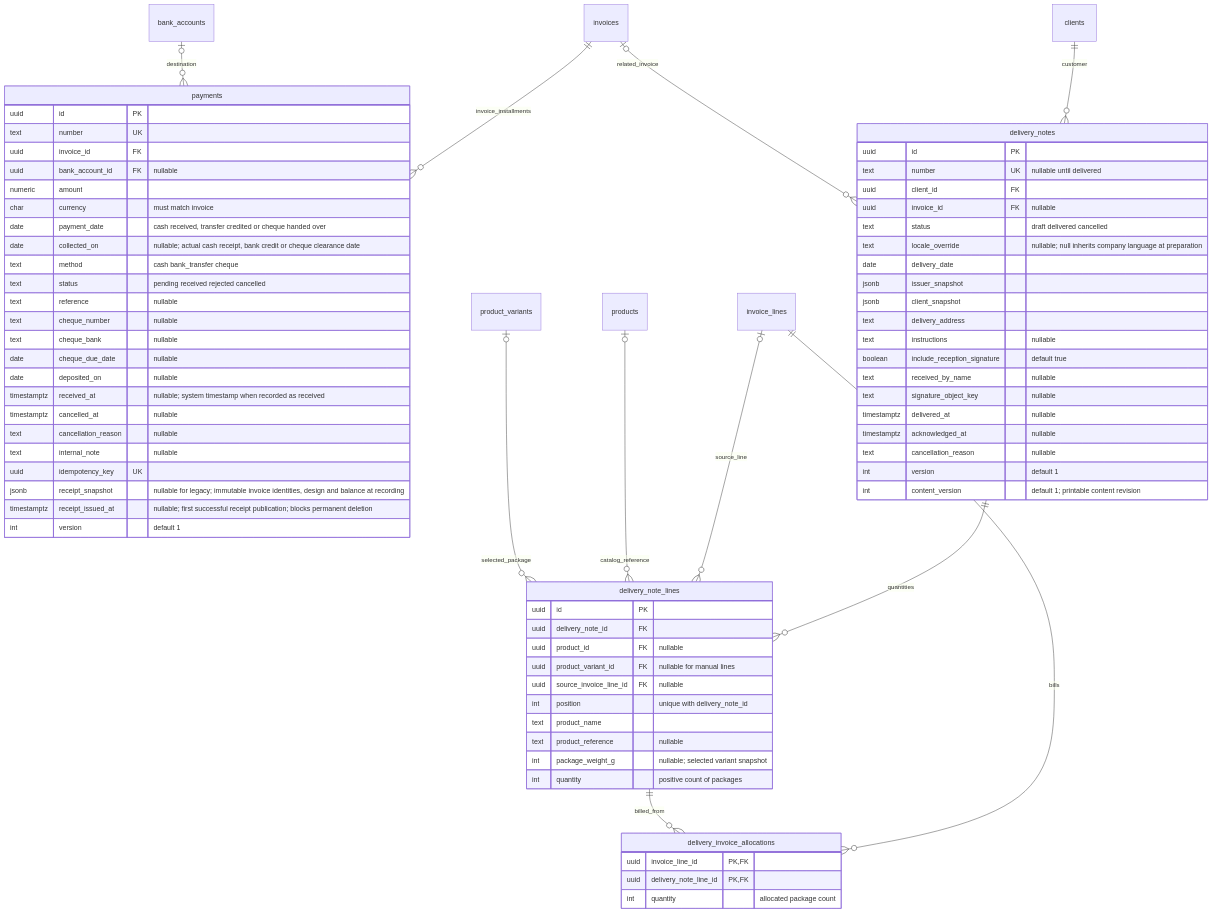
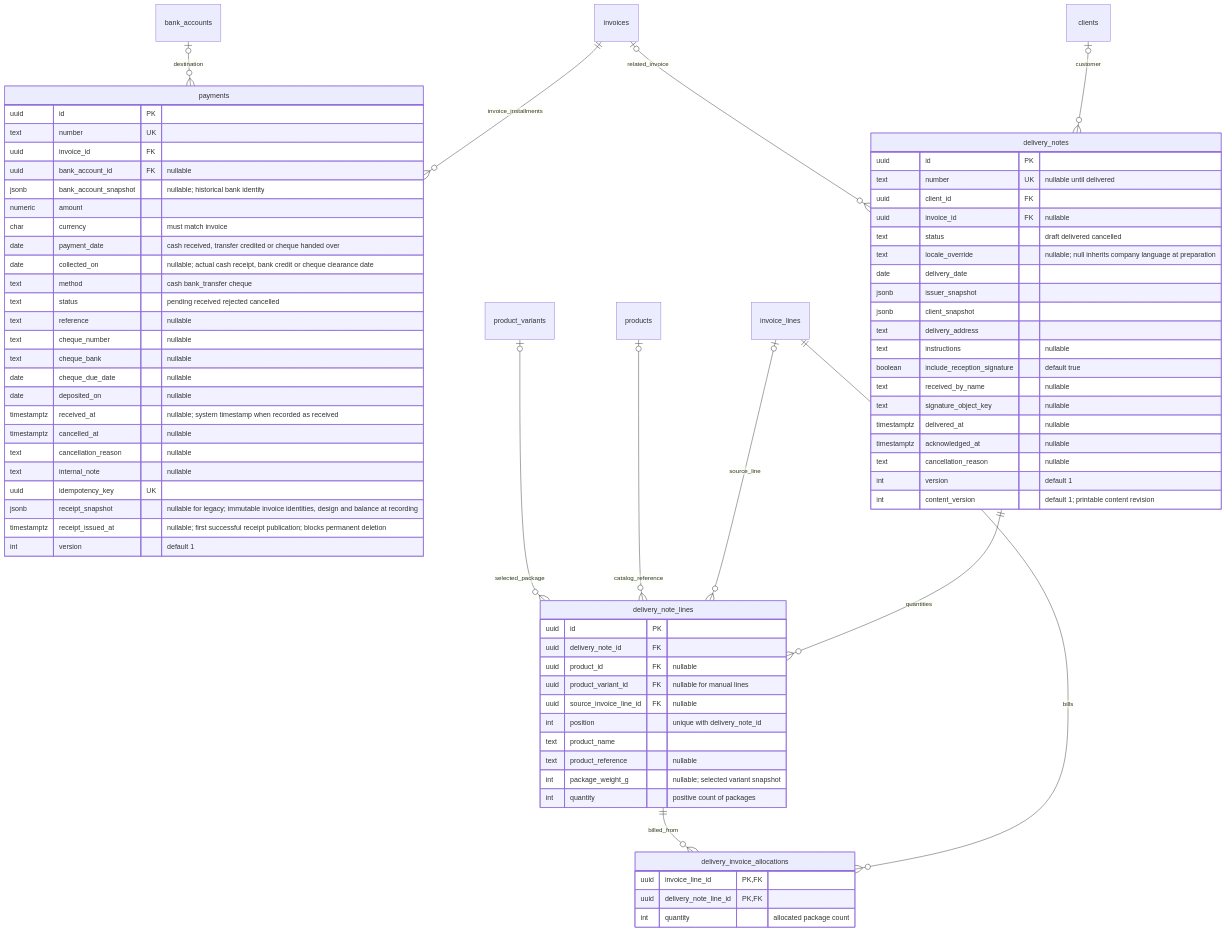
Before and after one commit to bamoya/slama-finance: the ninth of 11 diagrams in docs/database-schema-design.md, drawn with Mermaid. The commit also changed other lines of this file and 134 other files, not shown here.

````diff
--- a/docs/database-schema-design.md
+++ b/docs/database-schema-design.md
@@ -654,76 +658,77 @@
 ```mermaid
 erDiagram
     invoices ||--o{ payments : invoice_installments
     bank_accounts o|--o{ payments : destination
-    clients ||--o{ delivery_notes : customer
+    clients o|--o{ delivery_notes : customer
     invoices o|--o{ delivery_notes : related_invoice
     delivery_notes ||--o{ delivery_note_lines : quantities
     invoice_lines o|--o{ delivery_note_lines : source_line
     products o|--o{ delivery_note_lines : catalog_reference
     product_variants o|--o{ delivery_note_lines : selected_package
     payments {
         uuid id PK
         text number UK
         uuid invoice_id FK
         uuid bank_account_id FK "nullable"
+        jsonb bank_account_snapshot "nullable; historical bank identity"
         numeric amount
         char currency "must match invoice"
         date payment_date "cash received, transfer credited or cheque handed over"
         date collected_on "nullable; actual cash receipt, bank credit or cheque clearance date"
         text method "cash bank_transfer cheque"
         text status "pending received rejected cancelled"
         text reference "nullable"
         text cheque_number "nullable"
         text cheque_bank "nullable"
         date cheque_due_date "nullable"
         date deposited_on "nullable"
         timestamptz received_at "nullable; system timestamp when recorded as received"
         timestamptz cancelled_at "nullable"
         text cancellation_reason "nullable"
         text internal_note "nullable"
         uuid idempotency_key UK
         jsonb receipt_snapshot "nullable for legacy; immutable invoice identities, design and balance at recording"
         timestamptz receipt_issued_at "nullable; first successful receipt publication; blocks permanent deletion"
         int version "default 1"
     }
     delivery_notes {
         uuid id PK
         text number UK "nullable until delivered"
         uuid client_id FK
         uuid invoice_id FK "nullable"
         text status "draft delivered cancelled"
         text locale_override "nullable; null inherits company language at preparation"
         date delivery_date
         jsonb issuer_snapshot
         jsonb client_snapshot
         text delivery_address
         text instructions "nullable"
         boolean include_reception_signature "default true"
         text received_by_name "nullable"
         text signature_object_key "nullable"
         timestamptz delivered_at "nullable"
         timestamptz acknowledged_at "nullable"
         text cancellation_reason "nullable"
         int version "default 1"
         int content_version "default 1; printable content revision"
     }
     delivery_note_lines {
         uuid id PK
         uuid delivery_note_id FK
         uuid product_id FK "nullable"
         uuid product_variant_id FK "nullable for manual lines"
         uuid source_invoice_line_id FK "nullable"
         int position "unique with delivery_note_id"
         text product_name
         text product_reference "nullable"
         int package_weight_g "nullable; selected variant snapshot"
         int quantity "positive count of packages"
     }
     delivery_invoice_allocations {
         uuid invoice_line_id PK, FK
         uuid delivery_note_line_id PK, FK
         int quantity "allocated package count"
     }
     invoice_lines ||--o{ delivery_invoice_allocations : bills
     delivery_note_lines ||--o{ delivery_invoice_allocations : billed_from
 ```
````
